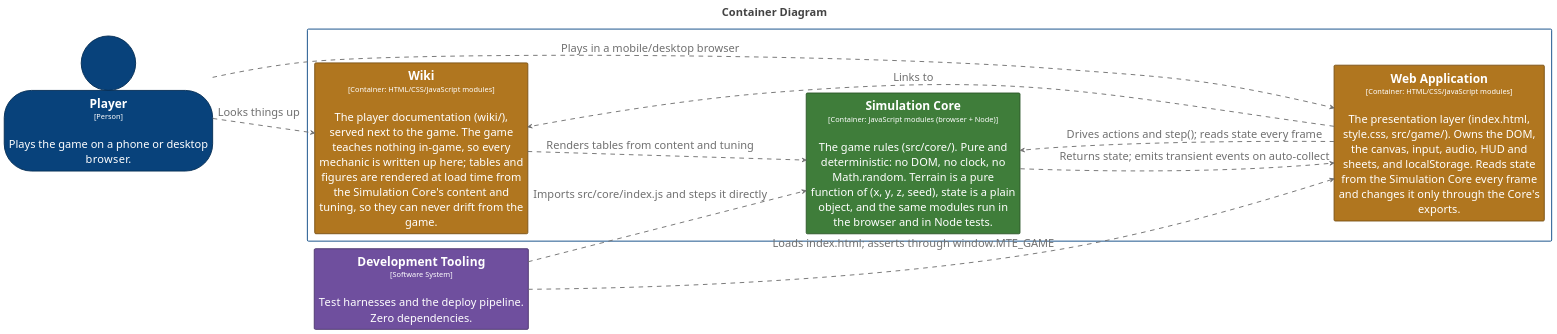
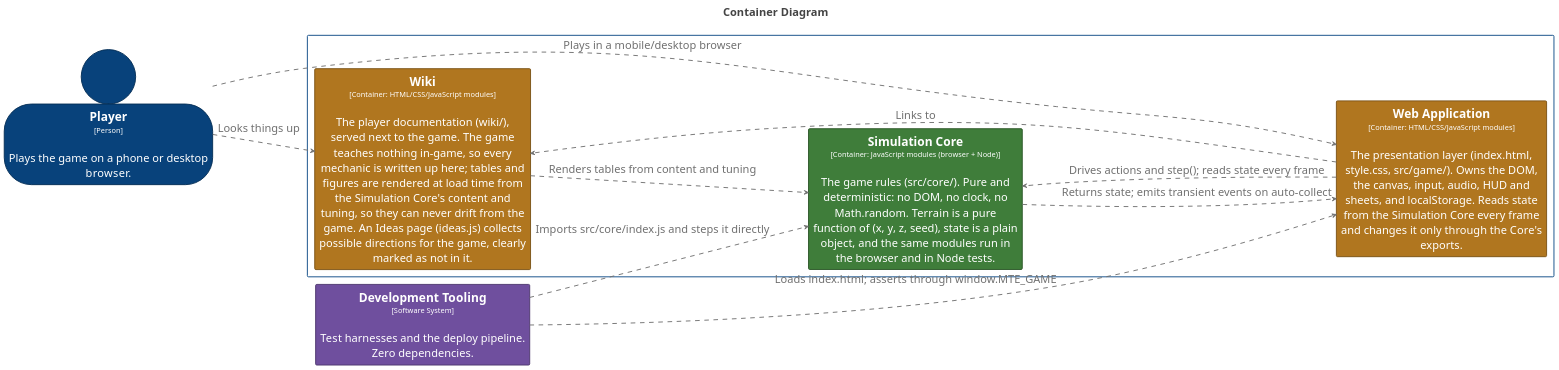
The diagram in structurizr/diagrams/Containers.puml (bitkojine/more-than-enough), drawn with PlantUML before and after one commit. The commit also changed 11 other files, not shown here.

First line of the commit message:
wiki: an Ideas page of directions the game could take next

```diff
--- a/structurizr/diagrams/Containers.puml
+++ b/structurizr/diagrams/Containers.puml
@@ -2,103 +2,103 @@
 @startuml
 title <size:24>Container Diagram</size>
 
 set separator none
 left to right direction
 skinparam ranksep 20
 skinparam nodesep 5
 hide stereotype
 
 <style>
   root {
     BackgroundColor: #ffffff;
     FontColor: #444444;
   }
   // Element,Container,Core Engine
   .Element-RWxlbWVudCxDb250YWluZXIsQ29yZSBFbmdpbmU= {
     BackgroundColor: #3f7d3a;
     LineColor: #2c5728;
     LineStyle: 0;
     LineThickness: 2;
     FontColor: #ffffff;
     FontSize: 24;
     HorizontalAlignment: center;
     Shadowing: 0;
     MaximumWidth: 450;
   }
   // Element,Container,Presentation
   .Element-RWxlbWVudCxDb250YWluZXIsUHJlc2VudGF0aW9u {
     BackgroundColor: #b0761f;
     LineColor: #7b5215;
     LineStyle: 0;
     LineThickness: 2;
     FontColor: #ffffff;
     FontSize: 24;
     HorizontalAlignment: center;
     Shadowing: 0;
     MaximumWidth: 450;
   }
   // Element,Person
   .Element-RWxlbWVudCxQZXJzb24= {
     BackgroundColor: #08427b;
     LineColor: #052e56;
     LineStyle: 0;
     LineThickness: 2;
     FontColor: #ffffff;
     FontSize: 24;
     HorizontalAlignment: center;
     Shadowing: 0;
     MaximumWidth: 450;
   }
   // Element,Software System,Tooling
   .Element-RWxlbWVudCxTb2Z0d2FyZSBTeXN0ZW0sVG9vbGluZw== {
     BackgroundColor: #6f4f9e;
     LineColor: #4d376e;
     LineStyle: 0;
     LineThickness: 2;
     FontColor: #ffffff;
     FontSize: 24;
     HorizontalAlignment: center;
     Shadowing: 0;
     MaximumWidth: 450;
   }
   // Relationship
   .Relationship-UmVsYXRpb25zaGlw {
     LineThickness: 2;
     LineStyle: 10-10;
     LineColor: #707070;
     FontColor: #707070;
     FontSize: 24;
     MaximumWidth: 200;
   }
   // MORE THAN ENOUGH
   .Boundary-TU9SRSBUSEFOIEVOT1VHSA== {
     BackgroundColor: #ffffff;
     LineColor: #0b4884;
     LineStyle: 0;
     LineThickness: 2;
     FontColor: #ffffff;
     FontSize: 24;
     HorizontalAlignment: center;
     Shadowing: 0;
   }
 </style>
 
 person "==Player\n<size:16>[Person]</size>\n\nPlays the game on a phone or desktop browser." <<Element-RWxlbWVudCxQZXJzb24=>> as Player
 rectangle "==Development Tooling\n<size:16>[Software System]</size>\n\nTest harnesses and the deploy pipeline. Zero dependencies." <<Element-RWxlbWVudCxTb2Z0d2FyZSBTeXN0ZW0sVG9vbGluZw==>> as DevelopmentTooling
 
 rectangle "MORE THAN ENOUGH\n<size:16>[Software System]</size>" <<Boundary-TU9SRSBUSEFOIEVOT1VHSA==>> {
-  rectangle "==Wiki\n<size:16>[Container: HTML/CSS/JavaScript modules]</size>\n\nThe player documentation (wiki/), served next to the game. The game teaches nothing in-game, so every mechanic is written up here; tables and figures are rendered at load time from the Simulation Core's content and tuning, so they can never drift from the game." <<Element-RWxlbWVudCxDb250YWluZXIsUHJlc2VudGF0aW9u>> as MORETHANENOUGH.Wiki
+  rectangle "==Wiki\n<size:16>[Container: HTML/CSS/JavaScript modules]</size>\n\nThe player documentation (wiki/), served next to the game. The game teaches nothing in-game, so every mechanic is written up here; tables and figures are rendered at load time from the Simulation Core's content and tuning, so they can never drift from the game. An Ideas page (ideas.js) collects possible directions for the game, clearly marked as not in it." <<Element-RWxlbWVudCxDb250YWluZXIsUHJlc2VudGF0aW9u>> as MORETHANENOUGH.Wiki
   rectangle "==Simulation Core\n<size:16>[Container: JavaScript modules (browser + Node)]</size>\n\nThe game rules (src/core/). Pure and deterministic: no DOM, no clock, no Math.random. Terrain is a pure function of (x, y, z, seed), state is a plain object, and the same modules run in the browser and in Node tests." <<Element-RWxlbWVudCxDb250YWluZXIsQ29yZSBFbmdpbmU=>> as MORETHANENOUGH.SimulationCore
   rectangle "==Web Application\n<size:16>[Container: HTML/CSS/JavaScript modules]</size>\n\nThe presentation layer (index.html, style.css, src/game/). Owns the DOM, the canvas, input, audio, HUD and sheets, and localStorage. Reads state from the Simulation Core every frame and changes it only through the Core's exports." <<Element-RWxlbWVudCxDb250YWluZXIsUHJlc2VudGF0aW9u>> as MORETHANENOUGH.WebApplication
 }
 
 Player --> MORETHANENOUGH.WebApplication <<Relationship-UmVsYXRpb25zaGlw>> : "Plays in a mobile/desktop browser"
 Player --> MORETHANENOUGH.Wiki <<Relationship-UmVsYXRpb25zaGlw>> : "Looks things up"
 MORETHANENOUGH.WebApplication --> MORETHANENOUGH.Wiki <<Relationship-UmVsYXRpb25zaGlw>> : "Links to"
 MORETHANENOUGH.Wiki --> MORETHANENOUGH.SimulationCore <<Relationship-UmVsYXRpb25zaGlw>> : "Renders tables from content and tuning"
 MORETHANENOUGH.WebApplication --> MORETHANENOUGH.SimulationCore <<Relationship-UmVsYXRpb25zaGlw>> : "Drives actions and step(); reads state every frame"
 MORETHANENOUGH.SimulationCore --> MORETHANENOUGH.WebApplication <<Relationship-UmVsYXRpb25zaGlw>> : "Returns state; emits transient events on auto-collect"
 DevelopmentTooling --> MORETHANENOUGH.SimulationCore <<Relationship-UmVsYXRpb25zaGlw>> : "Imports src/core/index.js and steps it directly"
 DevelopmentTooling --> MORETHANENOUGH.WebApplication <<Relationship-UmVsYXRpb25zaGlw>> : "Loads index.html; asserts through window.MTE_GAME"
 
 @enduml
```
